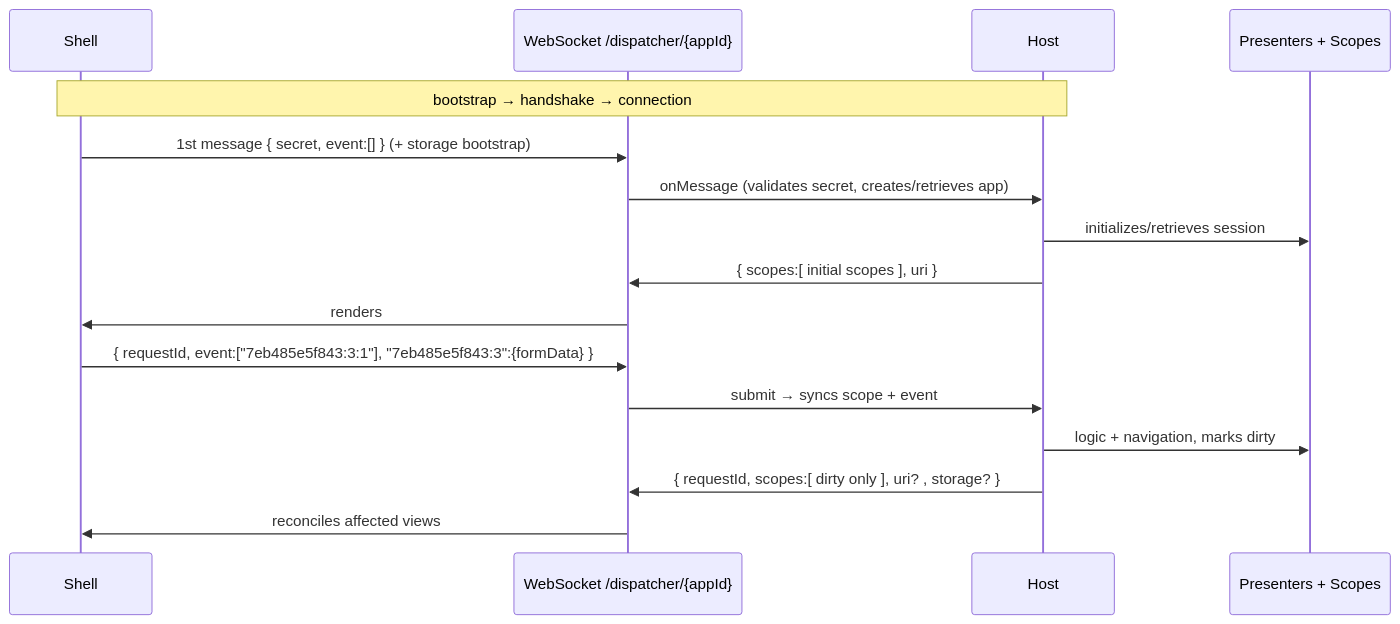
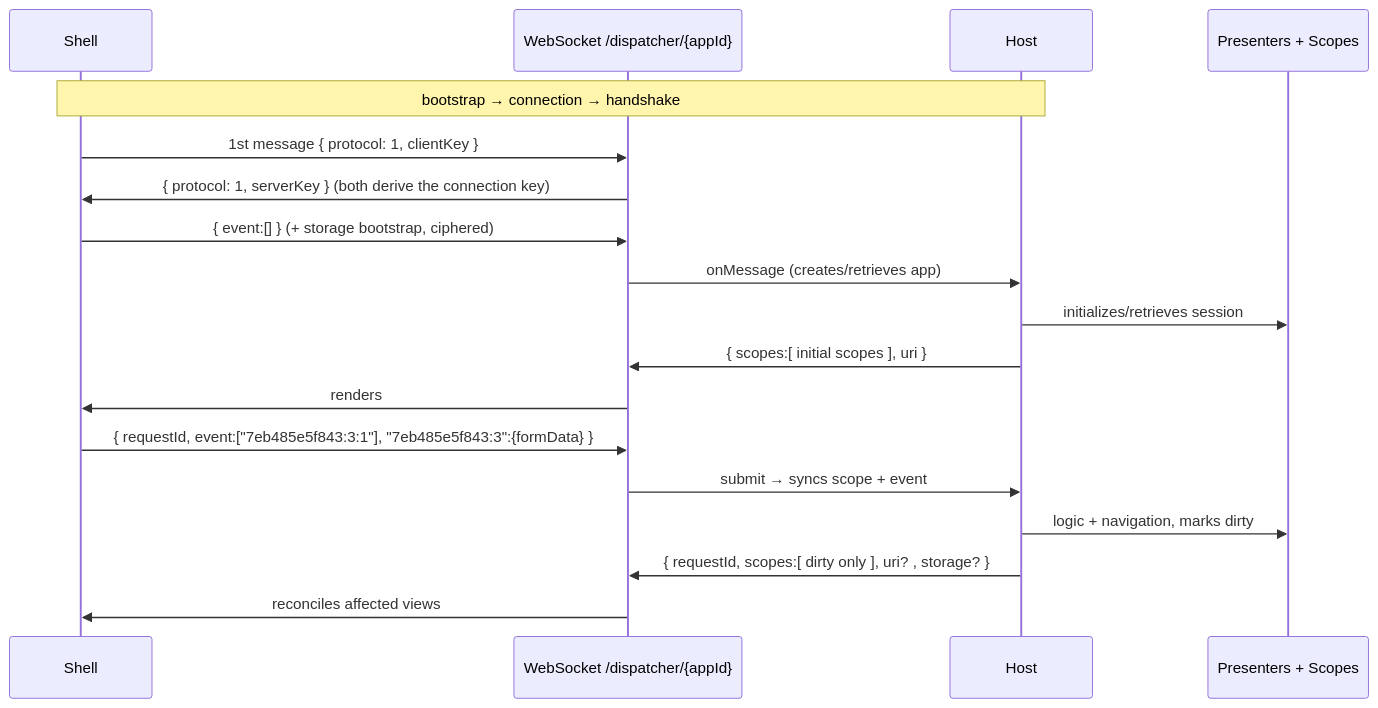
Before and after one commit to mrcdom/wdc-cube-java-v2: the diagram in docs/bridge-skeleton-protocol.md, drawn with Mermaid. The commit also changed other lines of this file and 29 other files, not shown here.

````diff
--- a/docs/bridge-skeleton-protocol.md
+++ b/docs/bridge-skeleton-protocol.md
@@ -49,20 +49,22 @@
 ```mermaid
 sequenceDiagram
     participant Shell
     participant WS as WebSocket /dispatcher/{appId}
     participant Host
     participant P as Presenters + Scopes
 
-    Note over Shell,Host: bootstrap → handshake → connection
-    Shell->>WS: 1st message { secret, event:[] }  (+ storage bootstrap)
-    WS->>Host: onMessage (validates secret, creates/retrieves app)
+    Note over Shell,Host: bootstrap → connection → handshake
+    Shell->>WS: 1st message { protocol: 1, clientKey }
+    WS->>Shell: { protocol: 1, serverKey }  (both derive the connection key)
+    Shell->>WS: { event:[] }  (+ storage bootstrap, ciphered)
+    WS->>Host: onMessage (creates/retrieves app)
     Host->>P: initializes/retrieves session
     Host->>WS: { scopes:[ initial scopes ], uri }
     WS->>Shell: renders
 
     Shell->>WS: { requestId, event:["7eb485e5f843:3:1"], "7eb485e5f843:3":{formData} }
     WS->>Host: submit → syncs scope + event
     Host->>P: logic + navigation, marks dirty
     Host->>WS: { requestId, scopes:[ dirty only ], uri? , storage? }
     WS->>Shell: reconciles affected views
 ```
````
